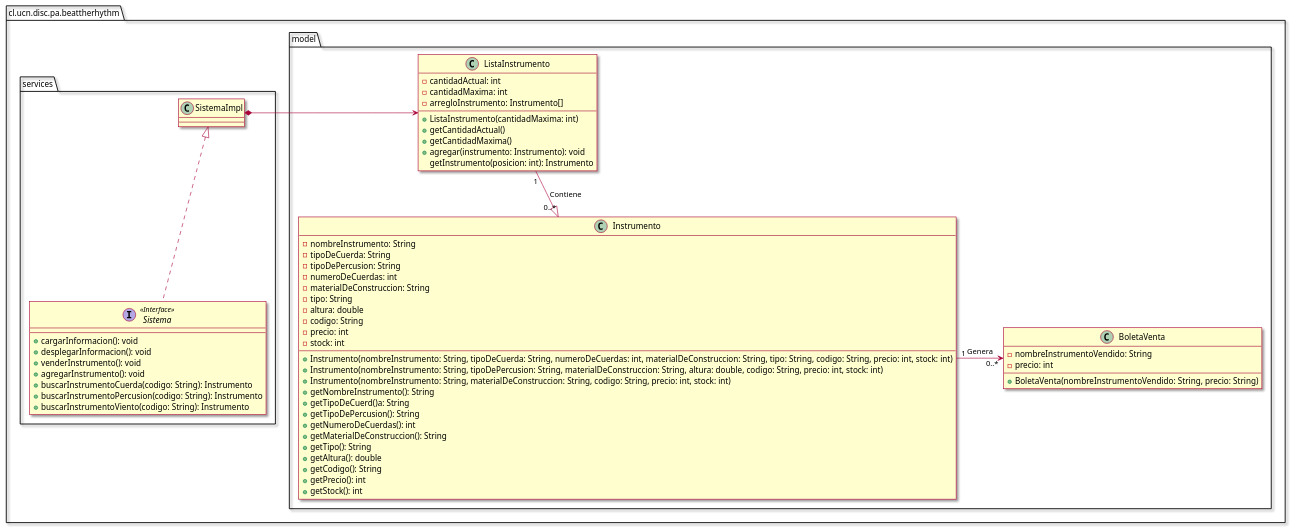
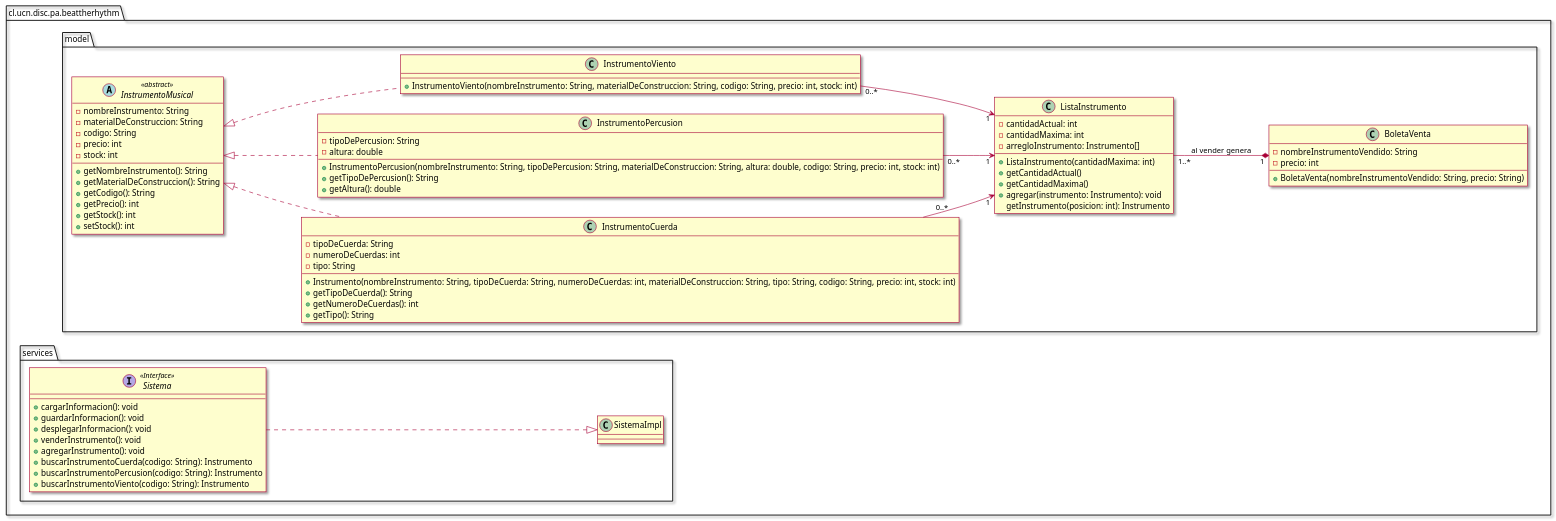
One commit to BruceMunizaga/Simulador-Inventario changed the diagram in clases.puml. Above: the diagram before and after it, drawn with PlantUML. The commit also changed 14 other files, not shown here.

```diff
--- a/clases.puml
+++ b/clases.puml
@@ -1,67 +1,81 @@
 @startuml
+left to right direction
 set separator none
 !pragma useIntermediatePackages false
 skin rose
 package cl.ucn.disc.pa.beattherhythm{
     package model{
         class ListaInstrumento{
             -cantidadActual: int
             -cantidadMaxima: int
             -arregloInstrumento: Instrumento[]
             +ListaInstrumento(cantidadMaxima: int)
             +getCantidadActual()
             +getCantidadMaxima()
             +agregar(instrumento: Instrumento): void
             getInstrumento(posicion: int): Instrumento
         }
-        class Instrumento{
+        abstract class InstrumentoMusical <<abstract>>{
             -nombreInstrumento: String
-            -tipoDeCuerda: String
-            -tipoDePercusion: String
-            -numeroDeCuerdas: int
             -materialDeConstruccion: String
-            -tipo: String
-            -altura: double
             -codigo: String
             -precio: int
             -stock: int
-            +Instrumento(nombreInstrumento: String, tipoDeCuerda: String, numeroDeCuerdas: int, materialDeConstruccion: String, tipo: String, codigo: String, precio: int, stock: int)
-            +Instrumento(nombreInstrumento: String, tipoDePercusion: String, materialDeConstruccion: String, altura: double, codigo: String, precio: int, stock: int)
-            +Instrumento(nombreInstrumento: String, materialDeConstruccion: String, codigo: String, precio: int, stock: int)
             +getNombreInstrumento(): String
-            +getTipoDeCuerd()a: String
-            +getTipoDePercusion(): String
-            +getNumeroDeCuerdas(): int
             +getMaterialDeConstruccion(): String
-            +getTipo(): String
-            +getAltura(): double
             +getCodigo(): String
             +getPrecio(): int
             +getStock(): int
+            +setStock(): int
         }
-
+        class InstrumentoCuerda{
+            -tipoDeCuerda: String
+            -numeroDeCuerdas: int
+            -tipo: String
+            +Instrumento(nombreInstrumento: String, tipoDeCuerda: String, numeroDeCuerdas: int, materialDeConstruccion: String, tipo: String, codigo: String, precio: int, stock: int)
+            +getTipoDeCuerda(): String
+            +getNumeroDeCuerdas(): int
+            +getTipo(): String
+        }
+        InstrumentoMusical <|.. InstrumentoCuerda
+        class InstrumentoPercusion{
+            -tipoDePercusion: String
+            -altura: double
+            +InstrumentoPercusion(nombreInstrumento: String, tipoDePercusion: String, materialDeConstruccion: String, altura: double, codigo: String, precio: int, stock: int)
+            +getTipoDePercusion(): String
+            +getAltura(): double
+        }
+        InstrumentoMusical <|.. InstrumentoPercusion
+        class InstrumentoViento{
+            +InstrumentoViento(nombreInstrumento: String, materialDeConstruccion: String, codigo: String, precio: int, stock: int)
+        }
+        InstrumentoMusical <|.. InstrumentoViento
         class BoletaVenta{
         -nombreInstrumentoVendido: String
         -precio: int
         +BoletaVenta(nombreInstrumentoVendido: String, precio: String)
         }
     }
     package services{
         interface Sistema <<Interface>>{
             +cargarInformacion(): void
+            +guardarInformacion(): void
             +desplegarInformacion(): void
             +venderInstrumento(): void
             +agregarInstrumento(): void
             +buscarInstrumentoCuerda(codigo: String): Instrumento
             +buscarInstrumentoPercusion(codigo: String): Instrumento
             +buscarInstrumentoViento(codigo: String): Instrumento
         }
         class SistemaImpl{
         }
     }
 }
-SistemaImpl *-> ListaInstrumento
-ListaInstrumento "1"--|>"0..*" Instrumento: Contiene
-Instrumento "1"-> "0..*"BoletaVenta: Genera
-SistemaImpl <|.. Sistema
+
+Sistema ..|> SistemaImpl
+ListaInstrumento "1..*" --* "1" BoletaVenta: al vender genera
+InstrumentoCuerda "0..*" --> "1" ListaInstrumento
+InstrumentoPercusion "0..*" --> "1" ListaInstrumento
+InstrumentoViento "0..*" --> "1" ListaInstrumento
+
 @enduml
```
